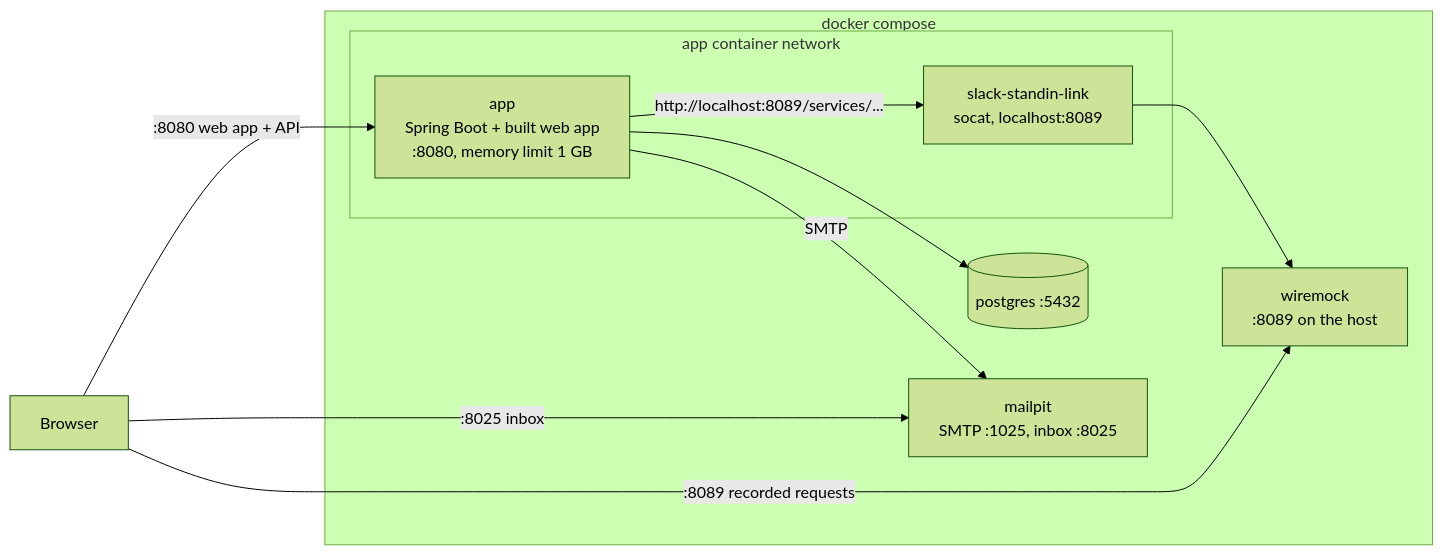
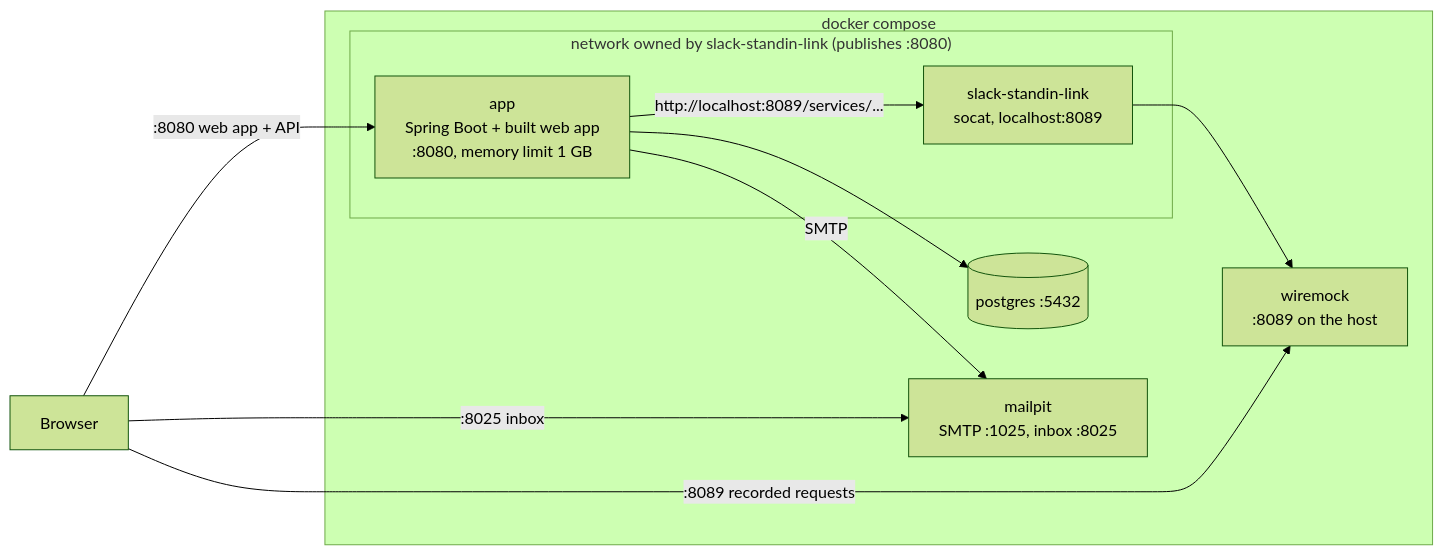
One commit to Kisligi/world-event-alerts changed the fourth of 4 diagrams in docs/architecture.md. Above: the diagram before and after it, drawn with Mermaid (forest theme). The commit also changed other lines of this file and 5 other files, not shown here.

First line of the commit message:
fix: keep Slack working when the app container restarts

````diff
--- a/docs/architecture.md
+++ b/docs/architecture.md
@@ -402,20 +402,20 @@
 ```mermaid
 flowchart LR
     BROWSER[Browser]
     subgraph Compose["docker compose"]
-        subgraph AppNet["app container network"]
+        subgraph AppNet["network owned by slack-standin-link (publishes :8080)"]
             APP["app<br/>Spring Boot + built web app<br/>:8080, memory limit 1 GB"]
             LINK["slack-standin-link<br/>socat, localhost:8089"]
         end
         PG[(postgres :5432)]
         MP["mailpit<br/>SMTP :1025, inbox :8025"]
         WM["wiremock<br/>:8089 on the host"]
     end
     BROWSER -->|":8080 web app + API"| APP
     BROWSER -->|":8025 inbox"| MP
     BROWSER -->|":8089 recorded requests"| WM
     APP --> PG
     APP -->|SMTP| MP
     APP -->|"http://localhost:8089/services/..."| LINK
     LINK --> WM
 ```
````
